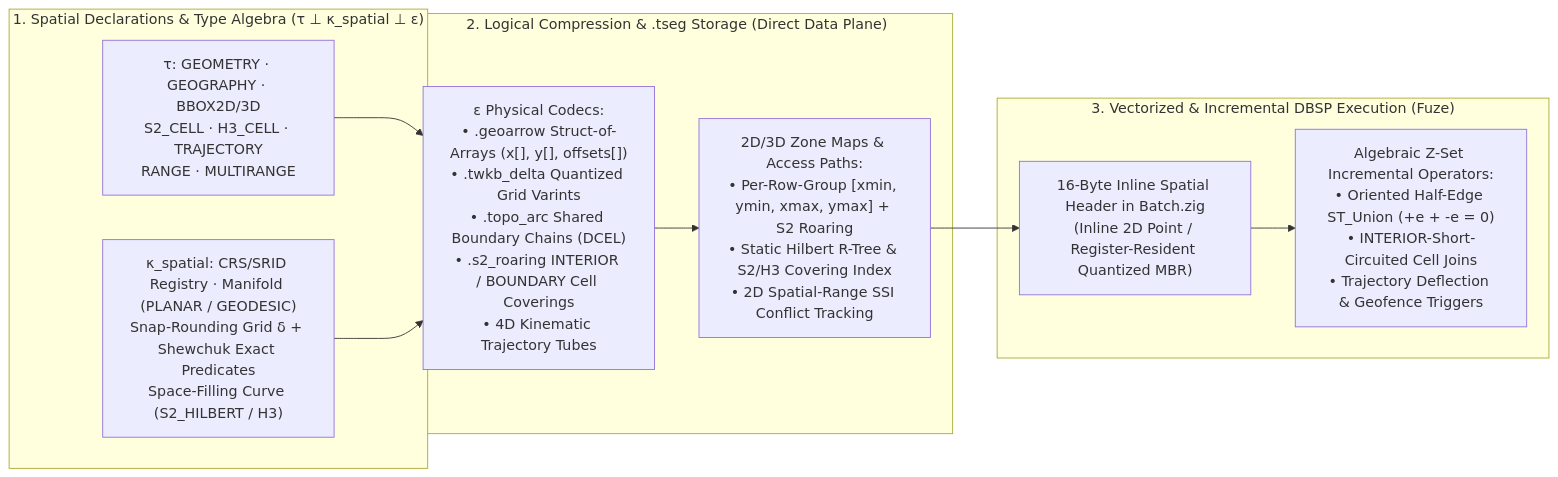
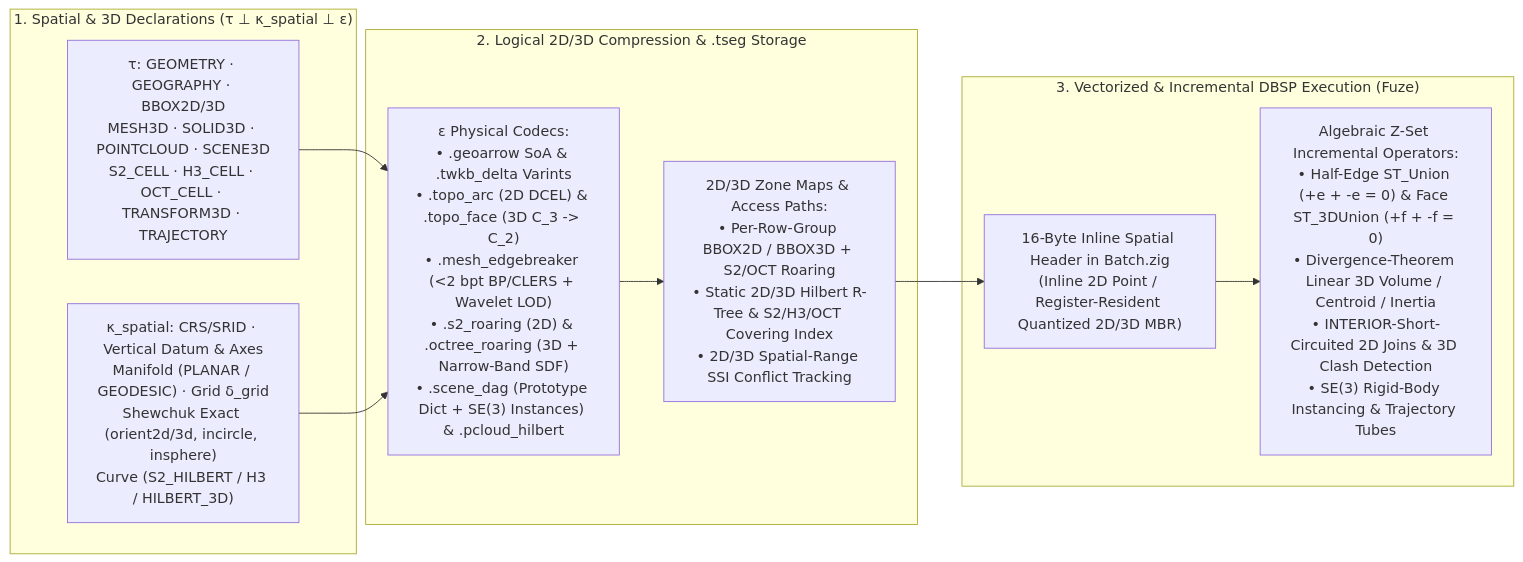
Before and after one commit to spoke-sh/transit: the diagram in docs/roadmap/17-geospatial-and-spatio-temporal-computing.md, drawn with Mermaid. The commit also changed other lines of this file and 11 other files, not shown here.

Commit message:
docs(roadmap): add 3d model and volumetric compression to milestones 17 and 18

````diff
--- a/docs/roadmap/17-geospatial-and-spatio-temporal-computing.md
+++ b/docs/roadmap/17-geospatial-and-spatio-temporal-computing.md
@@ -127,22 +188,22 @@
 ```mermaid
 flowchart LR
-  subgraph Declare["1. Spatial Declarations & Type Algebra (τ ⊥ κ_spatial ⊥ ε)"]
-    Types["τ: GEOMETRY · GEOGRAPHY · BBOX2D/3D\nS2_CELL · H3_CELL · TRAJECTORY\nRANGE<T> · MULTIRANGE<T>"]
-    Kappa["κ_spatial: CRS/SRID Registry · Manifold (PLANAR / GEODESIC)\nSnap-Rounding Grid δ + Shewchuk Exact Predicates\nSpace-Filling Curve (S2_HILBERT / H3)"]
+  subgraph Declare["1. Spatial & 3D Declarations (τ ⊥ κ_spatial ⊥ ε)"]
+    Types["τ: GEOMETRY · GEOGRAPHY · BBOX2D/3D\nMESH3D · SOLID3D · POINTCLOUD · SCENE3D\nS2_CELL · H3_CELL · OCT_CELL · TRANSFORM3D · TRAJECTORY"]
+    Kappa["κ_spatial: CRS/SRID · Vertical Datum & Axes\nManifold (PLANAR / GEODESIC) · Grid δ_grid\nShewchuk Exact (orient2d/3d, incircle, insphere)\nCurve (S2_HILBERT / H3 / HILBERT_3D)"]
   end
 
-  subgraph Storage["2. Logical Compression & .tseg Storage (Direct Data Plane)"]
-    Codecs["ε Physical Codecs:\n• .geoarrow Struct-of-Arrays (x[], y[], offsets[])\n• .twkb_delta Quantized Grid Varints\n• .topo_arc Shared Boundary Chains (DCEL)\n• .s2_roaring INTERIOR / BOUNDARY Cell Coverings\n• 4D Kinematic Trajectory Tubes"]
-    Indexes["2D/3D Zone Maps & Access Paths:\n• Per-Row-Group [xmin, ymin, xmax, ymax] + S2 Roaring\n• Static Hilbert R-Tree & S2/H3 Covering Index\n• 2D Spatial-Range SSI Conflict Tracking"]
+  subgraph Storage["2. Logical 2D/3D Compression & .tseg Storage"]
+    Codecs["ε Physical Codecs:\n• .geoarrow SoA & .twkb_delta Varints\n• .topo_arc (2D DCEL) & .topo_face (3D C_3 -> C_2)\n• .mesh_edgebreaker (<2 bpt BP/CLERS + Wavelet LOD)\n• .s2_roaring (2D) & .octree_roaring (3D + Narrow-Band SDF)\n• .scene_dag (Prototype Dict + SE(3) Instances) & .pcloud_hilbert"]
+    Indexes["2D/3D Zone Maps & Access Paths:\n• Per-Row-Group BBOX2D / BBOX3D + S2/OCT Roaring\n• Static 2D/3D Hilbert R-Tree & S2/H3/OCT Covering Index\n• 2D/3D Spatial-Range SSI Conflict Tracking"]
   end
 
   subgraph Exec["3. Vectorized & Incremental DBSP Execution (Fuze)"]
-    Inline["16-Byte Inline Spatial Header in Batch.zig\n(Inline 2D Point / Register-Resident Quantized MBR)"]
-    DBSP["Algebraic Z-Set Incremental Operators:\n• Oriented Half-Edge ST_Union (+e + -e = 0)\n• INTERIOR-Short-Circuited Cell Joins\n• Trajectory Deflection & Geofence Triggers"]
+    Inline["16-Byte Inline Spatial Header in Batch.zig\n(Inline 2D Point / Register-Resident Quantized 2D/3D MBR)"]
+    DBSP["Algebraic Z-Set Incremental Operators:\n• Half-Edge ST_Union (+e + -e = 0) & Face ST_3DUnion (+f + -f = 0)\n• Divergence-Theorem Linear 3D Volume / Centroid / Inertia\n• INTERIOR-Short-Circuited 2D Joins & 3D Clash Detection\n• SE(3) Rigid-Body Instancing & Trajectory Tubes"]
   end
 
   Types --> Codecs
   Kappa --> Codecs
   Codecs --> Indexes
   Indexes --> Inline --> DBSP
 ```
````
